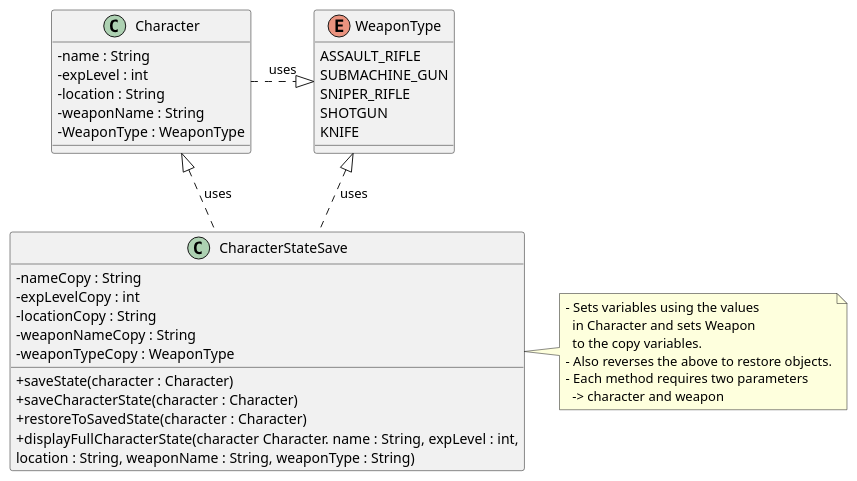
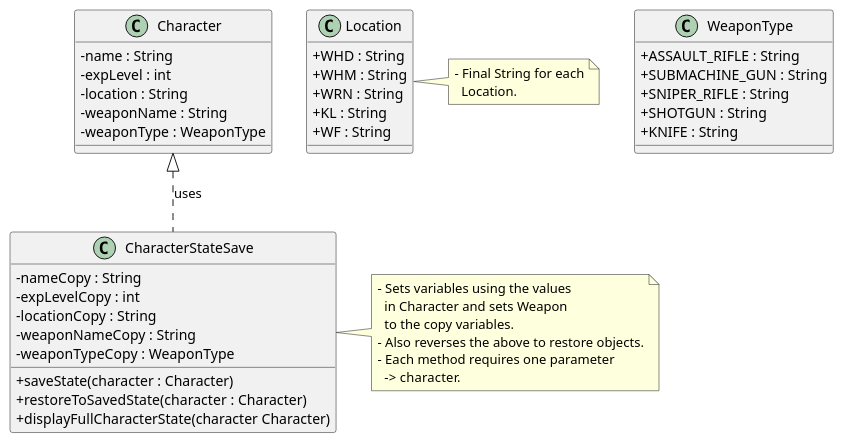
Before and after one commit to ShaneMcGinley/Memento: the diagram in src/OpenWorldGame.puml, drawn with PlantUML. The commit also changed 4 other files, not shown here.

Commit message:
Before Memento is added - Updated Class Diagram and classes

```diff
--- a/src/OpenWorldGame.puml
+++ b/src/OpenWorldGame.puml
@@ -1,48 +1,57 @@
 @startuml
 skinparam classAttributeIconSize 0
 
 class Character {
 - name : String
 - expLevel : int
 - location : String
 - weaponName : String
-- WeaponType : WeaponType
+- weaponType : WeaponType
 
 }
 
 class CharacterStateSave {
 - nameCopy : String
 - expLevelCopy : int
 - locationCopy : String
 - weaponNameCopy : String
 - weaponTypeCopy : WeaponType
 
 + saveState(character : Character)
-+ saveCharacterState(character : Character)
 + restoreToSavedState(character : Character)
-+ displayFullCharacterState(character Character. name : String, expLevel : int,
-location : String, weaponName : String, weaponType : String)
++ displayFullCharacterState(character Character)
 }
 
 note right {
 - Sets variables using the values
   in Character and sets Weapon
   to the copy variables.
 - Also reverses the above to restore objects.
-- Each method requires two parameters
-  -> character and weapon
+- Each method requires one parameter
+  -> character.
 }
 
-enum WeaponType {
-ASSAULT_RIFLE
-SUBMACHINE_GUN
-SNIPER_RIFLE
-SHOTGUN
-KNIFE
+class WeaponType {
++ ASSAULT_RIFLE : String
++ SUBMACHINE_GUN : String
++ SNIPER_RIFLE : String
++ SHOTGUN : String
++ KNIFE : String
 }
 
-Character .|> WeaponType : uses
-WeaponType <|.. CharacterStateSave : uses
+class Location {
++ WHD : String
++ WHM : String
++ WRN : String
++ KL : String
++ WF : String
+}
+
+note right {
+- Final String for each
+  Location.
+}
+
 Character <|.. CharacterStateSave : uses
 
 @enduml
```
